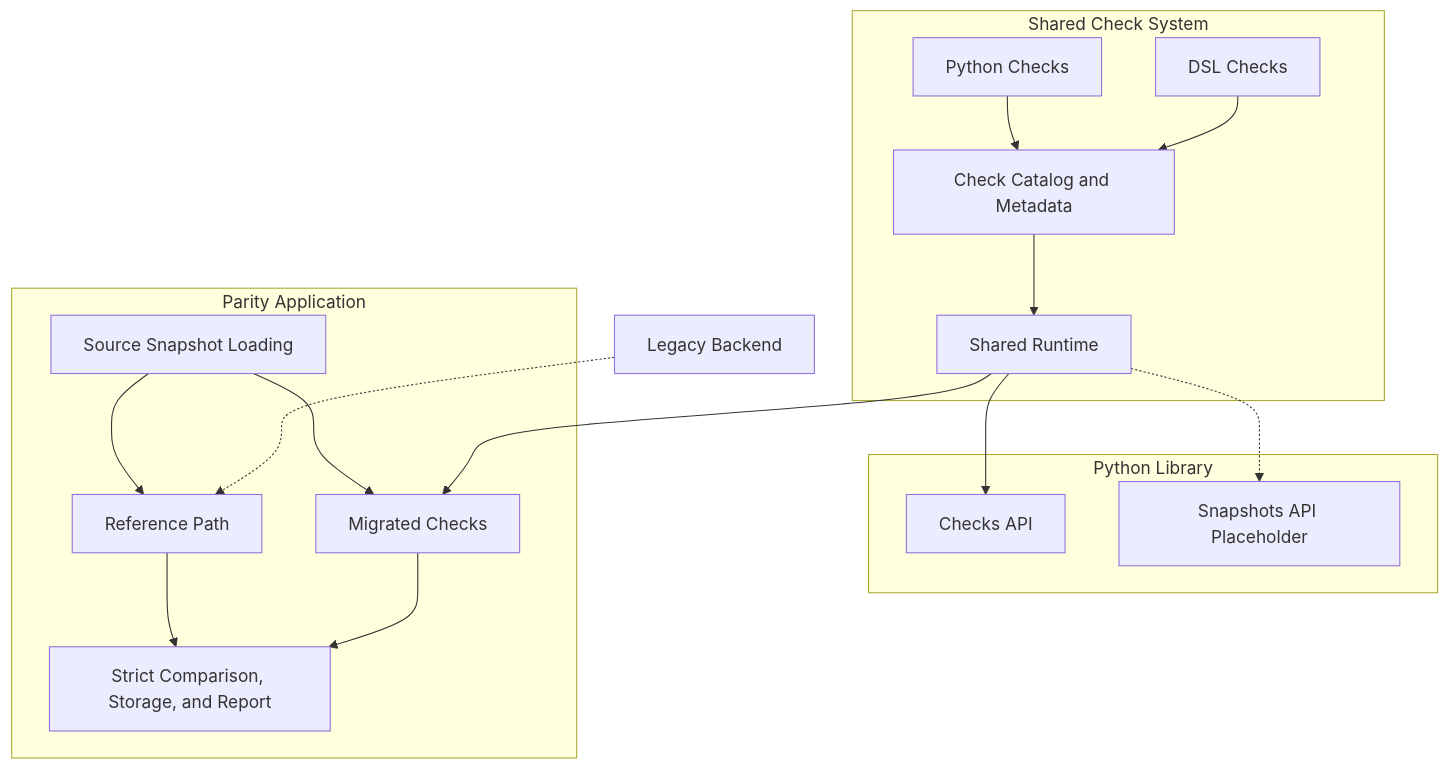
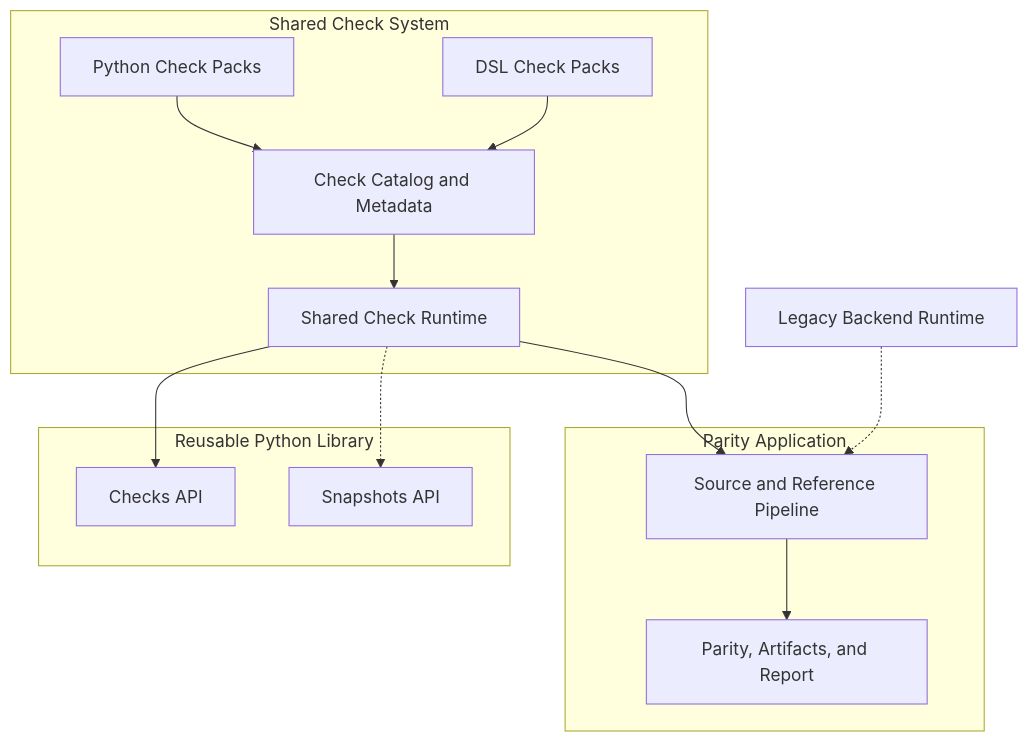
One commit to bobcorn/openfoodfacts-data-quality changed the diagram in docs/explanation/system-architecture.md. Above: the diagram before and after it, drawn with Mermaid. The commit also changed other lines of this file and 1 other file, not shown here.

Commit message:
docs: update documentation (#29)

````diff
--- a/docs/explanation/system-architecture.md
+++ b/docs/explanation/system-architecture.md
@@ -10,35 +10,30 @@
 ```mermaid
 flowchart TB
-    subgraph SHARED["Shared Check System"]
-        A["Python Checks"]
-        B["DSL Checks"]
+    subgraph CHECKS["Shared Check System"]
+        A["Python Check Packs"]
+        B["DSL Check Packs"]
         C["Check Catalog and Metadata"]
-        D["Shared Runtime"]
+        D["Shared Check Runtime"]
         A --> C
         B --> C
         C --> D
     end
 
-    subgraph LIB["Python Library"]
+    subgraph LIB["Reusable Python Library"]
         E["Checks API"]
-        F["Snapshots API Placeholder"]
+        F["Snapshots API"]
     end
 
     subgraph APP["Parity Application"]
-        G["Source Snapshot Loading"]
-        H["Reference Path"]
-        I["Migrated Checks"]
-        J["Strict Comparison, Storage, and Report"]
-        G --> H
-        G --> I
-        H --> J
-        I --> J
+        G["Source and Reference Pipeline"]
+        J["Parity, Artifacts, and Report"]
+        G --> J
     end
 
-    K["Legacy Backend"]
+    K["Legacy Backend Runtime"]
 
     D --> E
     D -.-> F
-    D --> I
-    K -.-> H
+    D --> G
+    K -.-> G
 ```
````
